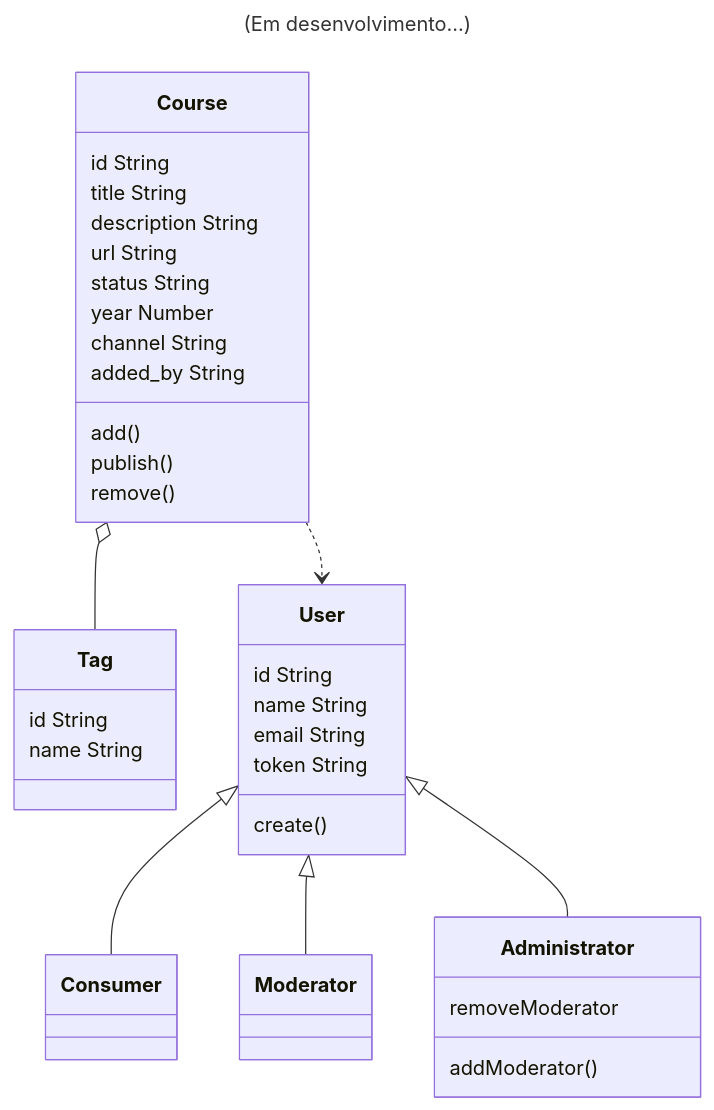
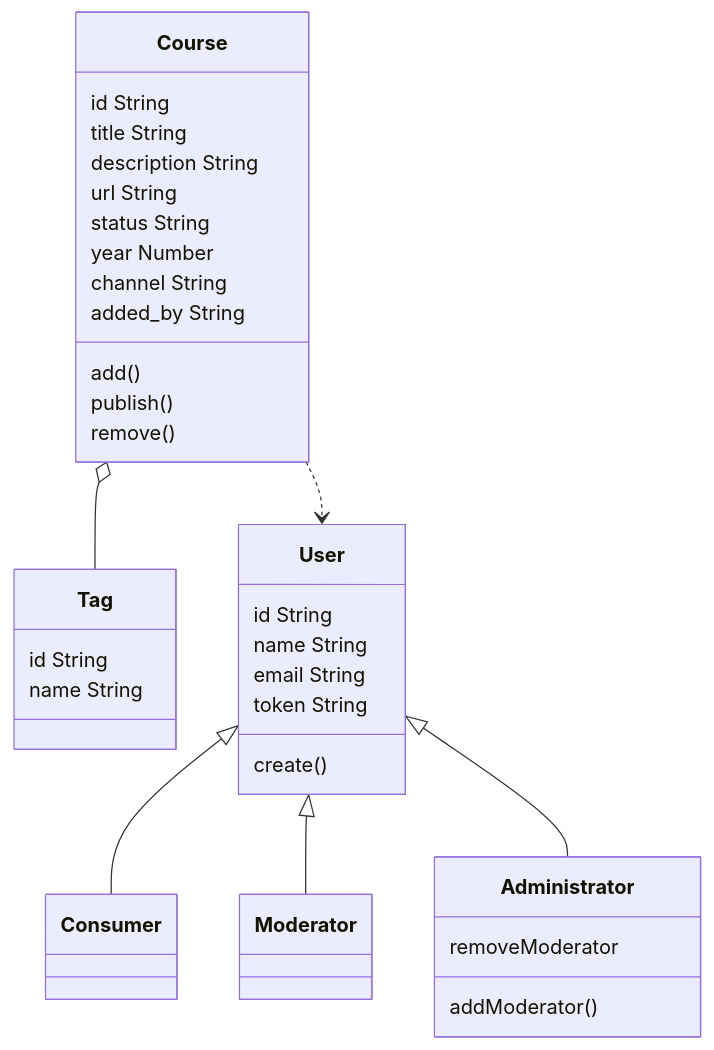
One commit to jairokoning/prime-tube-academy changed the first of 4 diagrams in README.md. Above: the diagram before and after it, drawn with Mermaid. The commit also changed other lines of this file, not shown here.

Commit message:
docs(uml)[fix #2]: add activity & sequence diagram

````diff
--- a/README.md
+++ b/README.md
@@ -11,51 +18,48 @@
 ```mermaid
----
-title: (Em desenvolvimento...)
----
 classDiagram
   class Course {
     id String
     title String
     description String
     url String
     status String
     year Number
     channel String
     added_by String
     add()
     publish()
     remove()
   }
 
   class Tag {
     id String
     name String
   }
 
   class User {
     id String
     name String
     email String
     token String
     create()
   }
 
   class Consumer {
 
   }
 
   class Moderator {
 
   }
 
   class Administrator {
     addModerator()
     removeModerator
   }
 
   Course o-- Tag
   Course ..> User
   User <|-- Consumer
   User <|-- Moderator
   User <|-- Administrator
 ```
````
